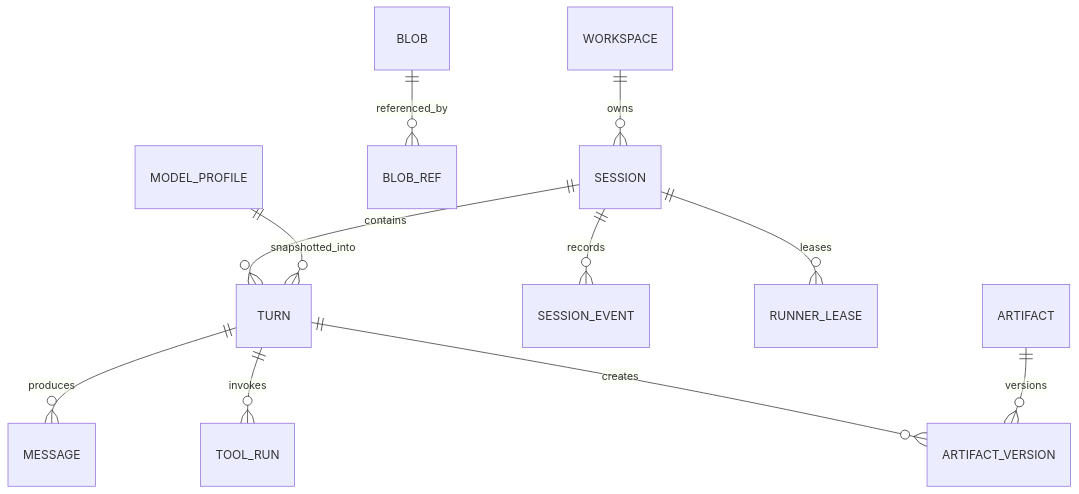
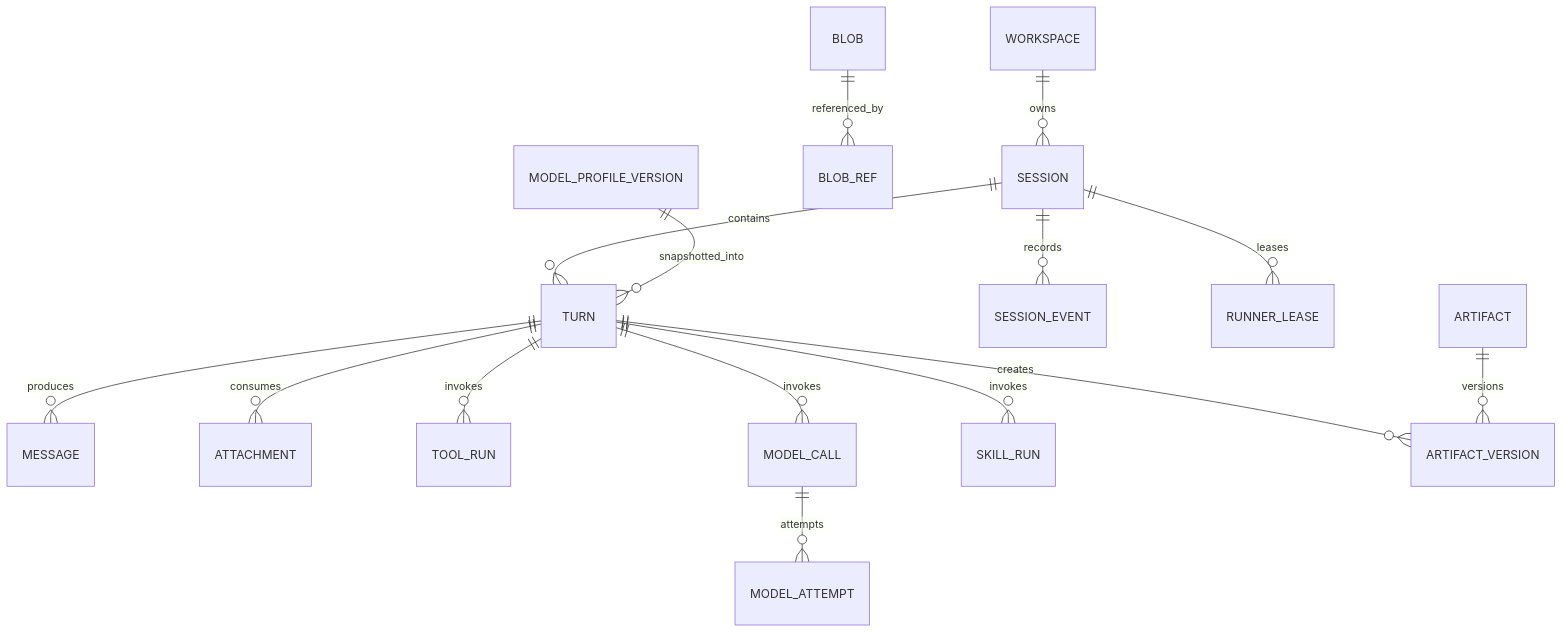
Before and after one commit to seraphimlc/agent-workbench: the first of 3 diagrams in docs/superpowers/specs/2026-07-13-agent-workbench-foundation-design.md, drawn with Mermaid. The commit also changed other lines of this file, not shown here.

````diff
--- a/docs/superpowers/specs/2026-07-13-agent-workbench-foundation-design.md
+++ b/docs/superpowers/specs/2026-07-13-agent-workbench-foundation-design.md
@@ -331,13 +375,17 @@
 ```mermaid
 erDiagram
     WORKSPACE ||--o{ SESSION : owns
     SESSION ||--o{ TURN : contains
     SESSION ||--o{ SESSION_EVENT : records
     TURN ||--o{ MESSAGE : produces
+    TURN ||--o{ ATTACHMENT : consumes
     TURN ||--o{ TOOL_RUN : invokes
+    TURN ||--o{ MODEL_CALL : invokes
+    MODEL_CALL ||--o{ MODEL_ATTEMPT : attempts
+    TURN ||--o{ SKILL_RUN : invokes
     SESSION ||--o{ RUNNER_LEASE : leases
     TURN ||--o{ ARTIFACT_VERSION : creates
     ARTIFACT ||--o{ ARTIFACT_VERSION : versions
     BLOB ||--o{ BLOB_REF : referenced_by
-    MODEL_PROFILE ||--o{ TURN : snapshotted_into
+    MODEL_PROFILE_VERSION ||--o{ TURN : snapshotted_into
 ```
````
